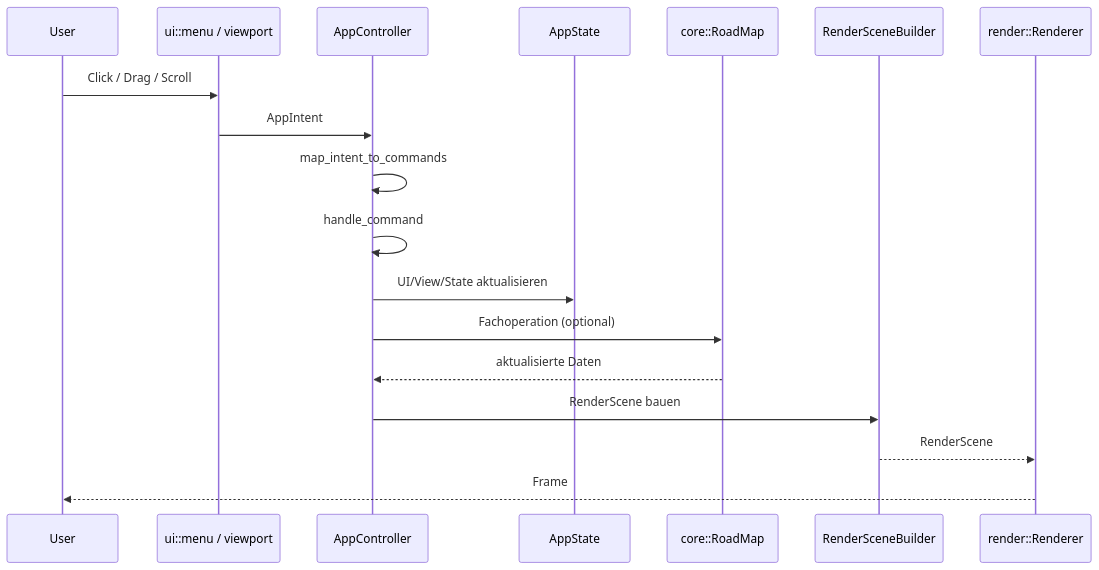
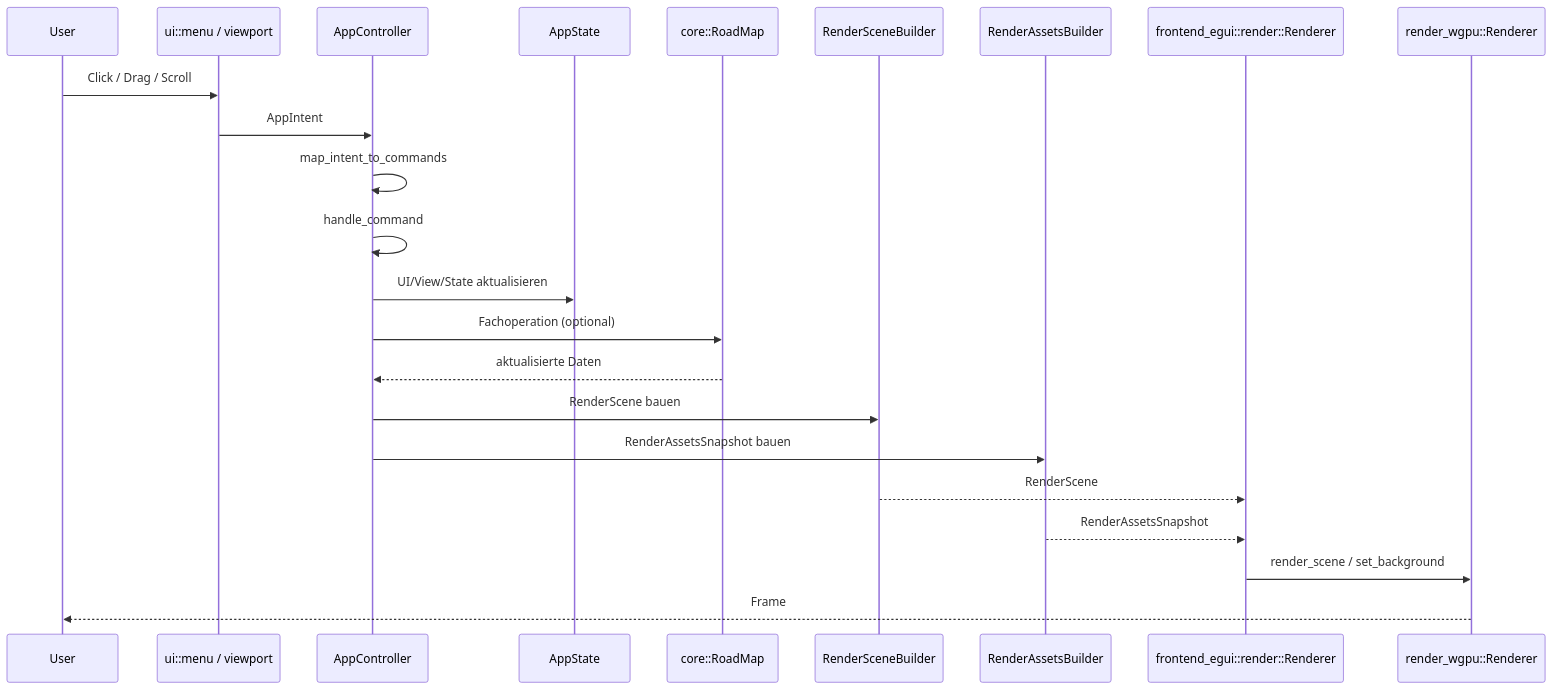
One commit to mro68/fs25_ad_editor changed the fourth of 8 diagrams in docs/ARCHITECTURE_PLAN.md. Above: the diagram before and after it, drawn with Mermaid. The commit also changed other lines of this file and 9 other files, not shown here.

Commit message:
docs(workspace): sync renderer seam guardrails and architecture

````diff
--- a/docs/ARCHITECTURE_PLAN.md
+++ b/docs/ARCHITECTURE_PLAN.md
@@ -374,21 +409,26 @@
 ```mermaid
 sequenceDiagram
   participant User
   participant UI as ui::menu / viewport
   participant Ctrl as AppController
   participant State as AppState
   participant Core as core::RoadMap
   participant Scene as RenderSceneBuilder
-  participant Render as render::Renderer
+  participant Assets as RenderAssetsBuilder
+  participant RenderHost as frontend_egui::render::Renderer
+  participant RenderCore as render_wgpu::Renderer
 
   User->>UI: Click / Drag / Scroll
   UI->>Ctrl: AppIntent
   Ctrl->>Ctrl: map_intent_to_commands
   Ctrl->>Ctrl: handle_command
   Ctrl->>State: UI/View/State aktualisieren
   Ctrl->>Core: Fachoperation (optional)
   Core-->>Ctrl: aktualisierte Daten
   Ctrl->>Scene: RenderScene bauen
-  Scene-->>Render: RenderScene
-  Render-->>User: Frame
+  Ctrl->>Assets: RenderAssetsSnapshot bauen
+  Scene-->>RenderHost: RenderScene
+  Assets-->>RenderHost: RenderAssetsSnapshot
+  RenderHost->>RenderCore: render_scene / set_background
+  RenderCore-->>User: Frame
 ```
````
